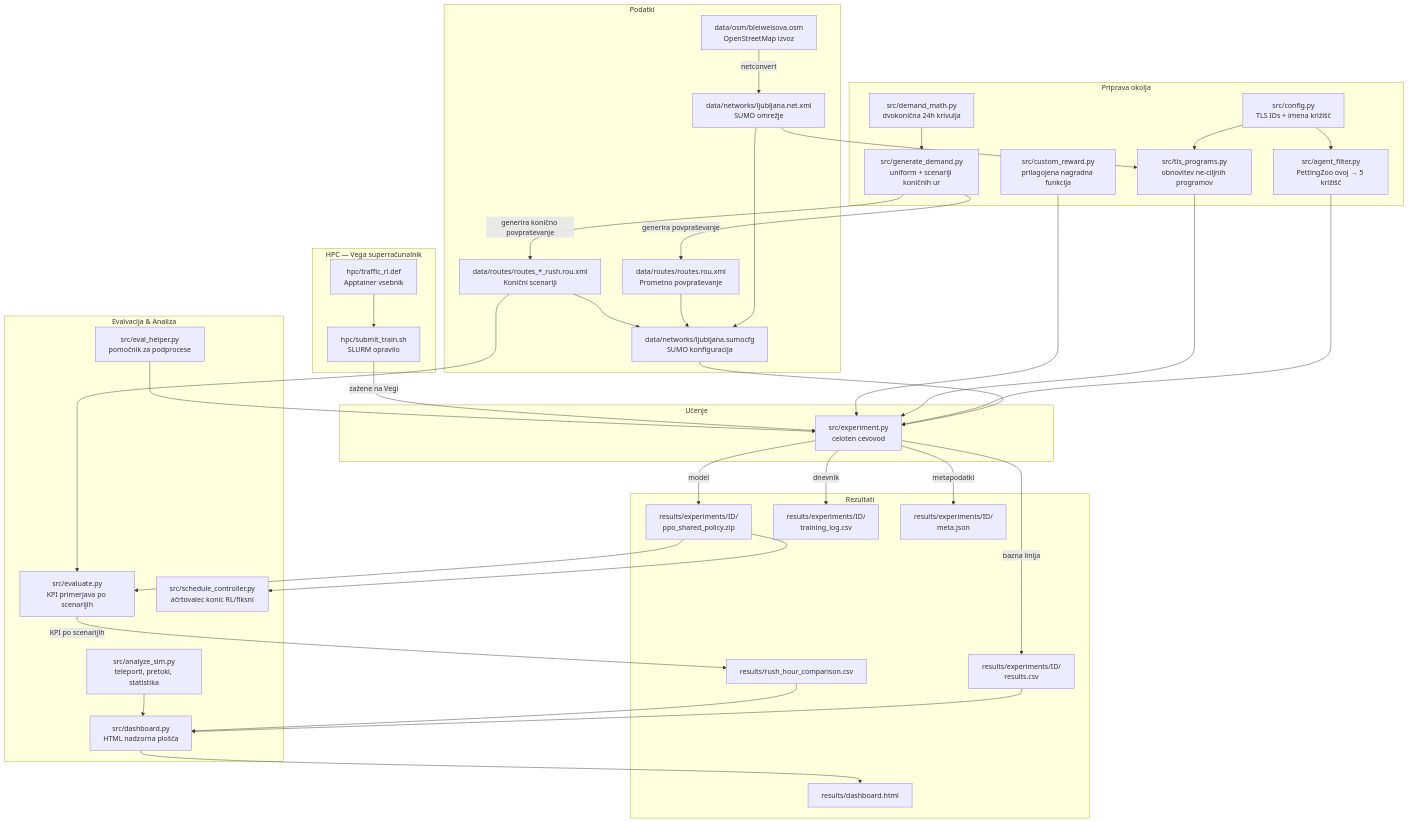
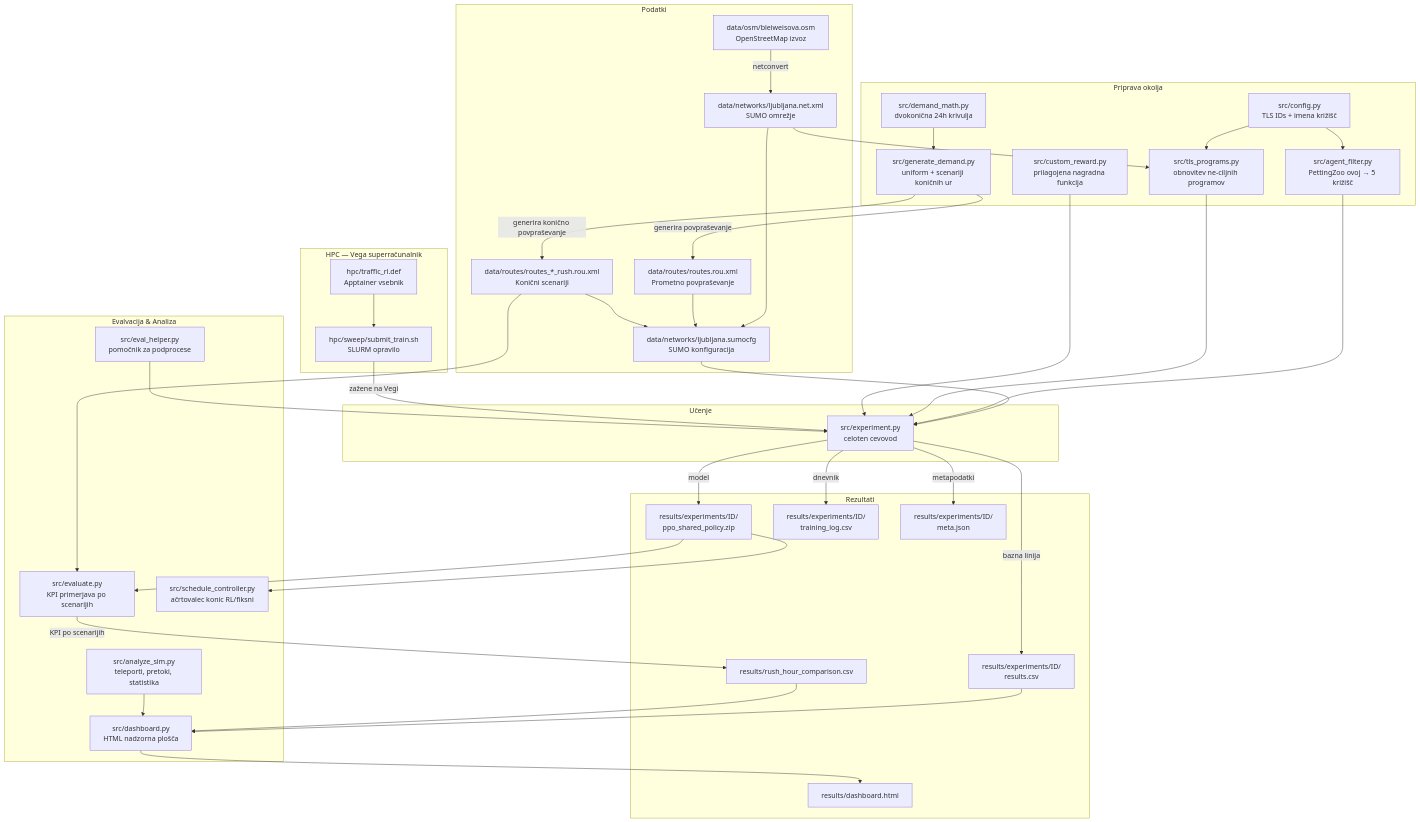
One commit to TianK003/ZeleniSignaLJ changed the diagram in README.md. Above: the diagram before and after it, drawn with Mermaid. The commit also changed other lines of this file and 33 other files, not shown here.

````diff
--- a/README.md
+++ b/README.md
@@ -263,82 +263,82 @@
 ```mermaid
 flowchart TD
     subgraph DATA ["Podatki"]
         OSM["data/osm/bleiweisova.osm\nOpenStreetMap izvoz"]
         NET["data/networks/ljubljana.net.xml\nSUMO omrežje"]
         CFG["data/networks/ljubljana.sumocfg\nSUMO konfiguracija"]
         ROU["data/routes/routes.rou.xml\nPrometno povpraševanje"]
         ROURUSHHOUR["data/routes/routes_*_rush.rou.xml\nKonični scenariji"]
     end
 
     subgraph SRC_SETUP ["Priprava okolja"]
         CONFIG["src/config.py\nTLS IDs + imena križišč"]
         DEMANDMATH["src/demand_math.py\ndvokonična 24h krivulja"]
         GENDEM["src/generate_demand.py\nuniform + scenariji koničnih ur"]
         TLSPROG["src/tls_programs.py\nobnovitev ne-ciljnih programov"]
         AGENTFIL["src/agent_filter.py\nPettingZoo ovoj → 5 križišč"]
         CUSTOMREW["src/custom_reward.py\nprilagojena nagradna funkcija"]
     end
 
     subgraph SRC_TRAIN ["Učenje"]
         EXPERIMENT["src/experiment.py\nceloten cevovod"]
     end
 
     subgraph SRC_EVAL ["Evalvacija & Analiza"]
         EVALUATE["src/evaluate.py\nKPI primerjava po scenarijih"]
         EVALHELPER["src/eval_helper.py\npomočnik za podprocese"]
         ANALYZE["src/analyze_sim.py\nteleporti, pretoki, statistika"]
         DASHBOARD["src/dashboard.py\nHTML nadzorna plošča"]
         SCHEDCTRL["src/schedule_controller.py\načrtovalec konic RL/fiksni"]
     end
 
     subgraph HPC ["HPC — Vega superračunalnik"]
         DEF["hpc/traffic_rl.def\nApptainer vsebnik"]
-        SLURM["hpc/submit_train.sh\nSLURM opravilo"]
+        SLURM["hpc/sweep/submit_train.sh\nSLURM opravilo"]
     end
 
     subgraph RESULTS ["Rezultati"]
         MODEL["results/experiments/ID/\nppo_shared_policy.zip"]
         TRAINLOG["results/experiments/ID/\ntraining_log.csv"]
         RESCSV["results/experiments/ID/\nresults.csv"]
         METAJSON["results/experiments/ID/\nmeta.json"]
         RUSHCSV["results/rush_hour_comparison.csv"]
         DASH["results/dashboard.html"]
     end
 
     OSM -->|"netconvert"| NET
     NET --> CFG
     DEMANDMATH --> GENDEM
     GENDEM -->|"generira povpraševanje"| ROU
     GENDEM -->|"generira konično povpraševanje"| ROURUSHHOUR
     ROU --> CFG
     ROURUSHHOUR --> CFG
 
     CONFIG --> AGENTFIL
     CONFIG --> TLSPROG
     NET --> TLSPROG
 
     CFG --> EXPERIMENT
     AGENTFIL --> EXPERIMENT
     TLSPROG --> EXPERIMENT
     CUSTOMREW --> EXPERIMENT
 
     EXPERIMENT -->|"bazna linija"| RESCSV
     EXPERIMENT -->|"model"| MODEL
     EXPERIMENT -->|"dnevnik"| TRAINLOG
     EXPERIMENT -->|"metapodatki"| METAJSON
 
     MODEL --> EVALUATE
     ROURUSHHOUR --> EVALUATE
     EVALUATE -->|"KPI po scenarijih"| RUSHCSV
     EVALHELPER --> EXPERIMENT
 
     RESCSV --> DASHBOARD
     RUSHCSV --> DASHBOARD
     ANALYZE --> DASHBOARD
     DASHBOARD --> DASH
 
     MODEL --> SCHEDCTRL
 
     DEF --> SLURM
     SLURM -->|"zažene na Vegi"| EXPERIMENT
 ```
````
